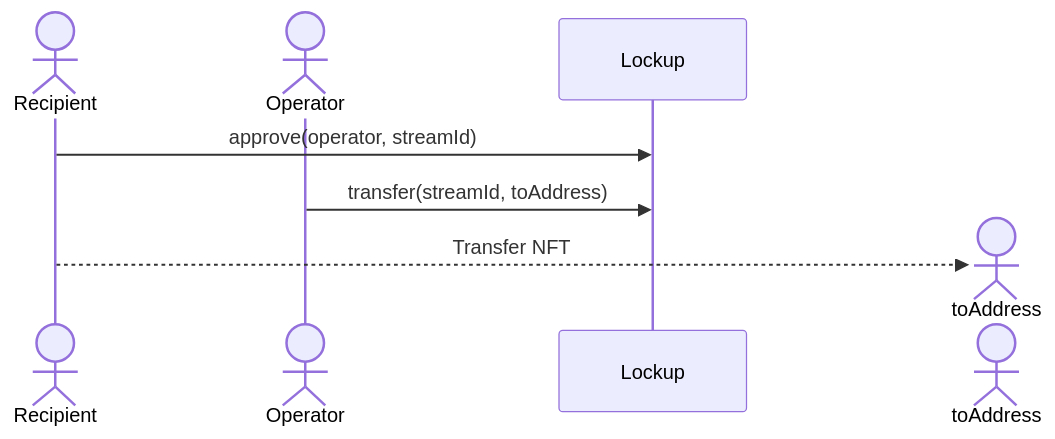
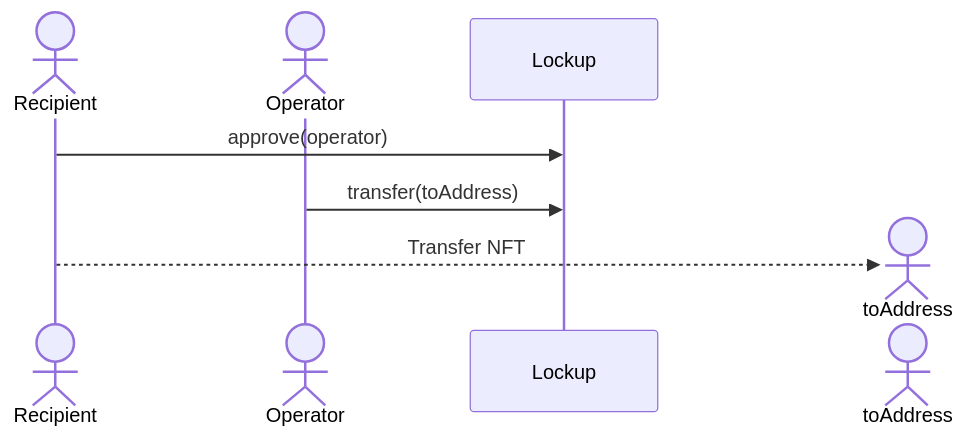
One commit to sablier-labs/docs changed the seventh of 11 diagrams in docs/reference/lockup/04-access-control.md. Above: the diagram before and after it, drawn with Mermaid. The commit also changed other lines of this file and 3 other files, not shown here.

Commit message:
removes streamId from sequence diagrams categorizes diagrams in Flow access control simplifies diagrams in Lockup access control defines ongoing debt in Flow overview fixes definition of snapshot debt in Flow overview adds abbreviations in Flow diagrams

````diff
--- a/docs/reference/lockup/04-access-control.md
+++ b/docs/reference/lockup/04-access-control.md
@@ -113,10 +111,10 @@
 ```mermaid
 sequenceDiagram
   actor Recipient
   actor Operator
 
-  Recipient ->> Lockup: approve(operator, streamId)
-  Operator ->> Lockup: transfer(streamId, toAddress)
+  Recipient ->> Lockup: approve(operator)
+  Operator ->> Lockup: transfer(toAddress)
   Create actor toAddress
   Recipient -->> toAddress: Transfer NFT
 ```
````
